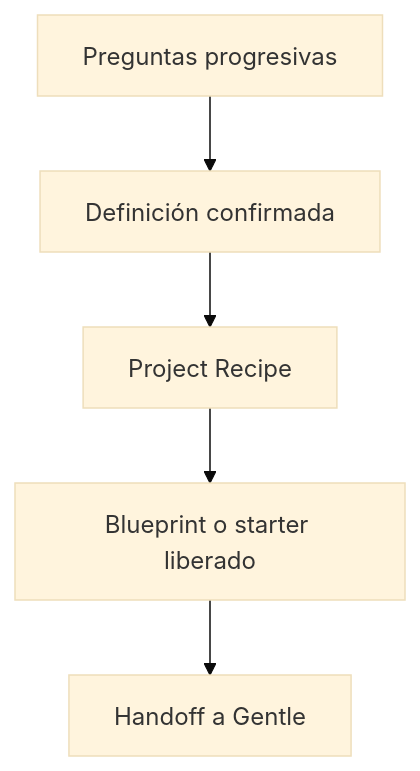
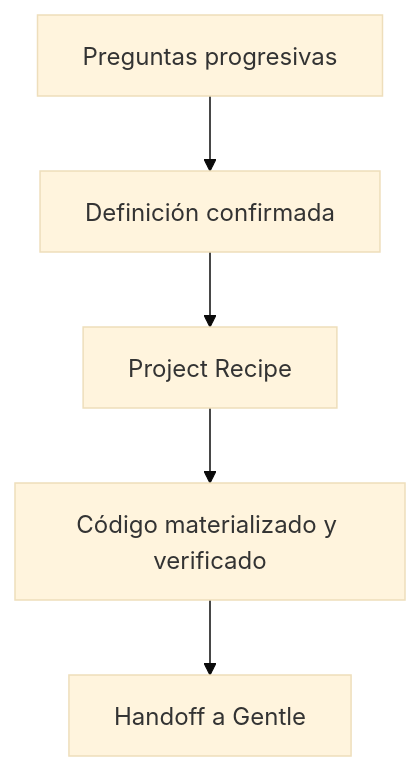
One commit to JhonMA82/engineering-platform changed the diagram in README.md. Above: the diagram before and after it, drawn with Mermaid (base theme). The commit also changed other lines of this file and 69 other files, not shown here.

````diff
--- a/README.md
+++ b/README.md
@@ -13,7 +13,7 @@
 ```mermaid
 flowchart TD
     A["Preguntas progresivas"] --> B["Definición confirmada"]
     B --> C["Project Recipe"]
-    C --> D["Blueprint o starter liberado"]
+    C --> D["Código materializado y verificado"]
     D --> E["Handoff a Gentle"]
 ```
````
